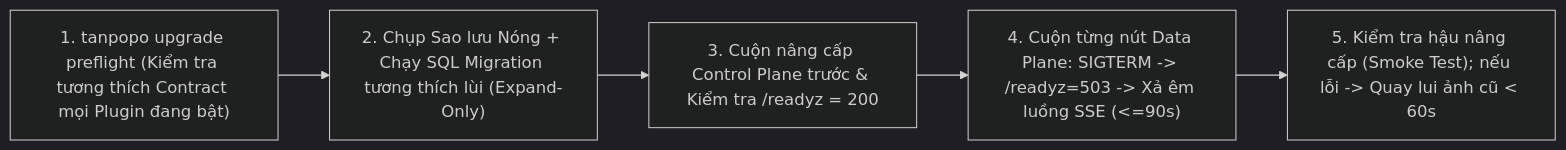
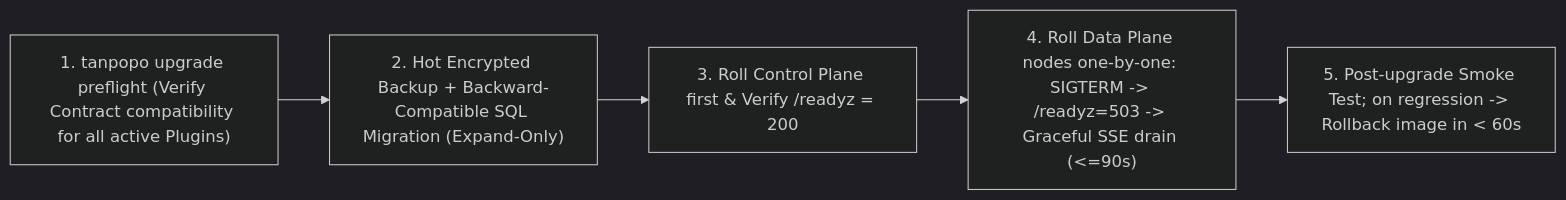
One commit to nguywnben/tanpopo changed the diagram in docs/operations/installer-upgrades.md. Above: the diagram before and after it, drawn with Mermaid (dark theme). The commit also changed other lines of this file and 111 other files, not shown here.

````diff
--- a/docs/operations/installer-upgrades.md
+++ b/docs/operations/installer-upgrades.md
@@ -122,7 +122,7 @@
 ```mermaid
 flowchart LR
-    U1["1. tanpopo upgrade preflight (Kiểm tra tương thích Contract mọi Plugin đang bật)"] --> U2["2. Chụp Sao lưu Nóng + Chạy SQL Migration tương thích lùi (Expand-Only)"]
-    U2 --> U3["3. Cuộn nâng cấp Control Plane trước & Kiểm tra /readyz = 200"]
-    U3 --> U4["4. Cuộn từng nút Data Plane: SIGTERM -> /readyz=503 -> Xả êm luồng SSE (<=90s)"]
-    U4 --> U5["5. Kiểm tra hậu nâng cấp (Smoke Test); nếu lỗi -> Quay lui ảnh cũ < 60s"]
+    U1["1. tanpopo upgrade preflight (Verify Contract compatibility for all active Plugins)"] --> U2["2. Hot Encrypted Backup + Backward-Compatible SQL Migration (Expand-Only)"]
+    U2 --> U3["3. Roll Control Plane first & Verify /readyz = 200"]
+    U3 --> U4["4. Roll Data Plane nodes one-by-one: SIGTERM -> /readyz=503 -> Graceful SSE drain (<=90s)"]
+    U4 --> U5["5. Post-upgrade Smoke Test; on regression -> Rollback image in < 60s"]
 ```
````
